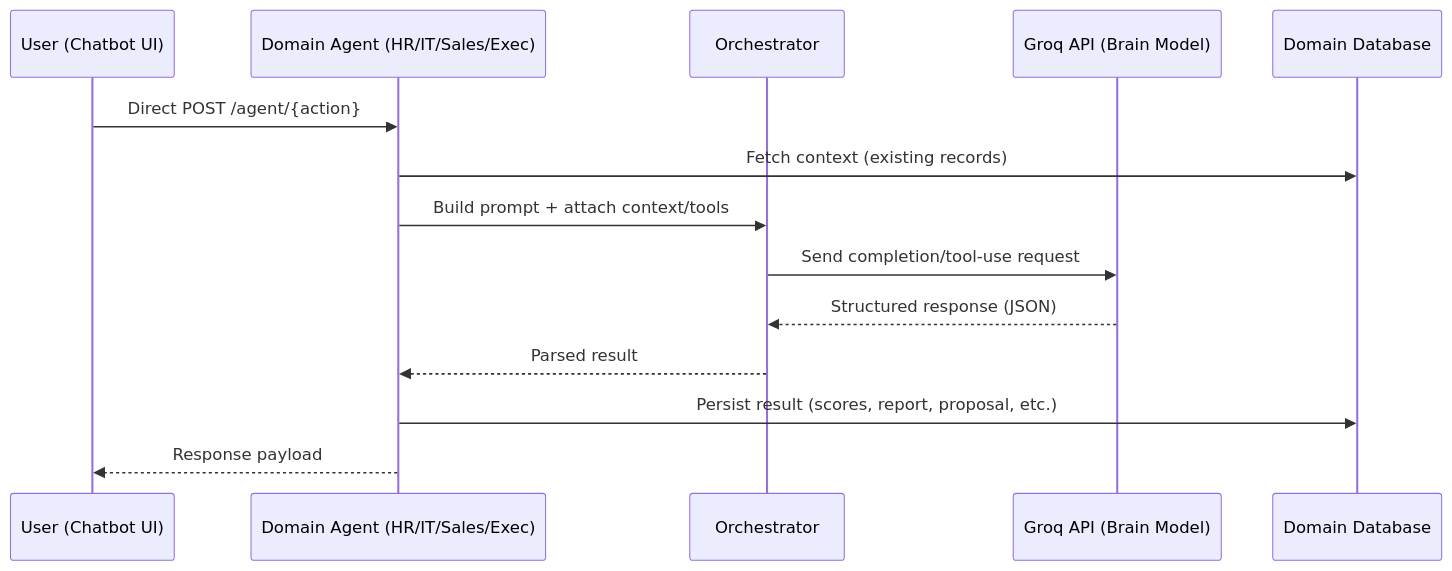
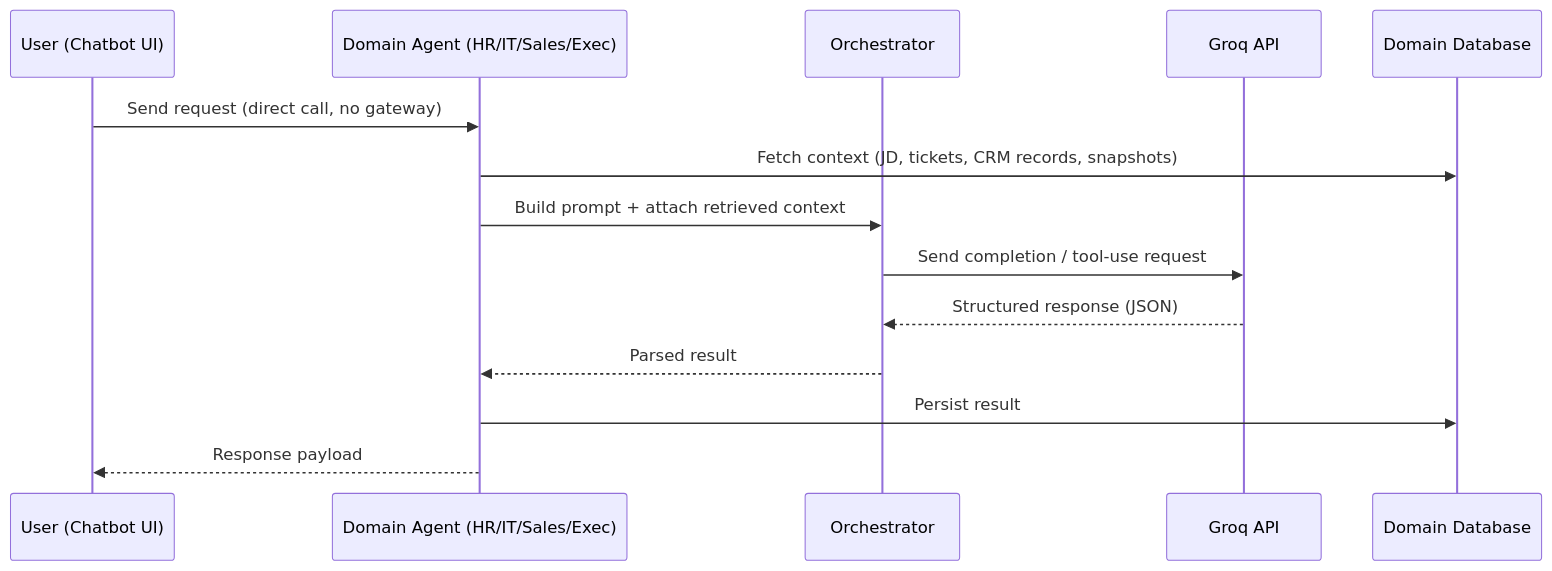
Before and after one commit to HarshSinha-1/Multi_agent_orchestration_purposive: the second of 7 diagrams in README.md, drawn with Mermaid. The commit also changed other lines of this file, not shown here.

````diff
--- a/README.md
+++ b/README.md
@@ -100,17 +89,17 @@
 ```mermaid
 sequenceDiagram
     participant U as User (Chatbot UI)
     participant AG as Domain Agent (HR/IT/Sales/Exec)
     participant OR as Orchestrator
-    participant GROQ as Groq API (Brain Model)
+    participant GQ as Groq API
     participant DB as Domain Database
 
-    U->>AG: Direct POST /agent/{action}
-    AG->>DB: Fetch context (existing records)
-    AG->>OR: Build prompt + attach context/tools
-    OR->>GROQ: Send completion/tool-use request
-    GROQ-->>OR: Structured response (JSON)
+    U->>AG: Send request (direct call, no gateway)
+    AG->>DB: Fetch context (JD, tickets, CRM records, snapshots)
+    AG->>OR: Build prompt + attach retrieved context
+    OR->>GQ: Send completion / tool-use request
+    GQ-->>OR: Structured response (JSON)
     OR-->>AG: Parsed result
-    AG->>DB: Persist result (scores, report, proposal, etc.)
+    AG->>DB: Persist result
     AG-->>U: Response payload
 ```
````
